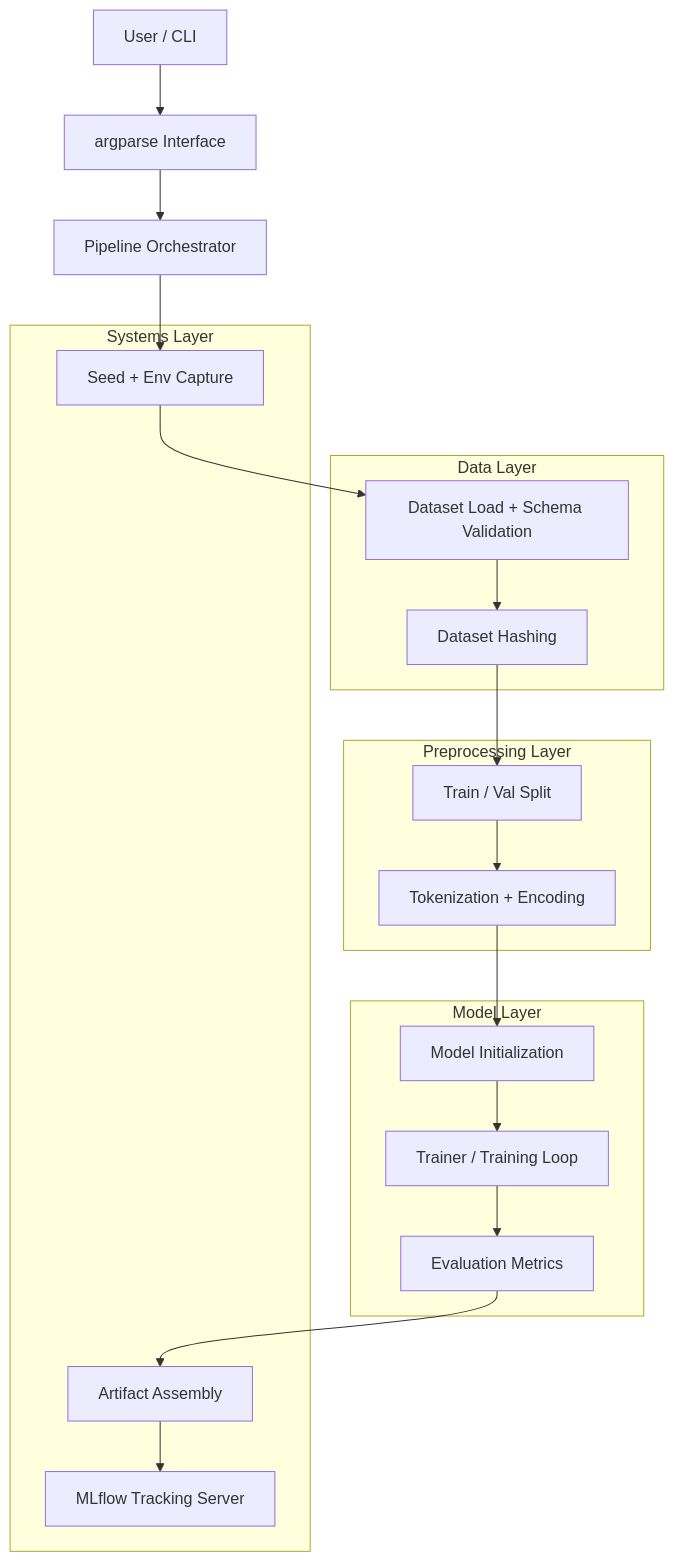
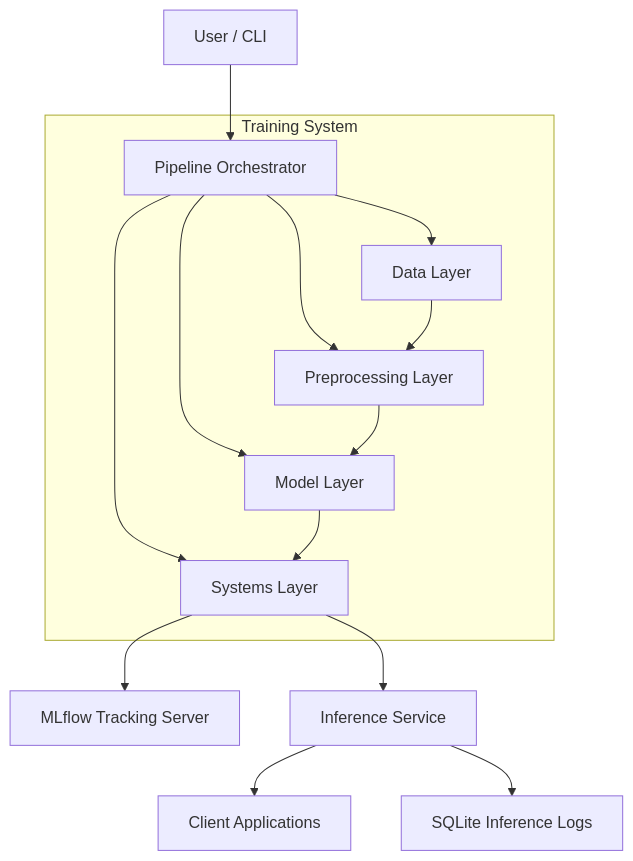
One commit to sharjeel6392/asie changed the first of 4 diagrams in README.md. Above: the diagram before and after it, drawn with Mermaid. The commit also changed other lines of this file, not shown here.

````diff
--- a/README.md
+++ b/README.md
@@ -32,43 +32,25 @@
 ```mermaid
 flowchart TD
+    User_CLI[User / CLI] --> Orchestrator[Pipeline Orchestrator]
+    Orchestrator --> DataLayer[Data Layer]
+    Orchestrator --> PreprocessingLayer[Preprocessing Layer]
+    Orchestrator --> ModelLayer[Model Layer]
+    Orchestrator --> SystemsLayer[Systems Layer]
 
-    A[User / CLI] --> B[argparse Interface]
-    B --> C[Pipeline Orchestrator]
+    DataLayer --> PreprocessingLayer
+    PreprocessingLayer --> ModelLayer
+    ModelLayer --> SystemsLayer
+    SystemsLayer --> MLflow[MLflow Tracking Server]
 
-    C --> D[Seed + Env Capture]
-    D --> E[Dataset Load + Schema Validation]
-    E --> F[Dataset Hashing]
-
-    F --> G[Train / Val Split]
-    G --> H[Tokenization + Encoding]
-
-    H --> I[Model Initialization]
-    I --> J[Trainer / Training Loop]
-
-    J --> K[Evaluation Metrics]
-    K --> L[Artifact Assembly]
-
-    L --> M[MLflow Tracking Server]
-
-    subgraph Data Layer
-        E
-        F
+    subgraph Training System
+        Orchestrator
+        DataLayer
+        PreprocessingLayer
+        ModelLayer
+        SystemsLayer
     end
 
-    subgraph Preprocessing Layer
-        G
-        H
-    end
-
-    subgraph Model Layer
-        I
-        J
-        K
-    end
-
-    subgraph Systems Layer
-        D
-        L
-        M
-    end
+    ServingSystem[Inference Service] --> Client[Client Applications]
+    ServingSystem --> SQLiteLogs[SQLite Inference Logs]
+    SystemsLayer --> ServingSystem
 ```
````
